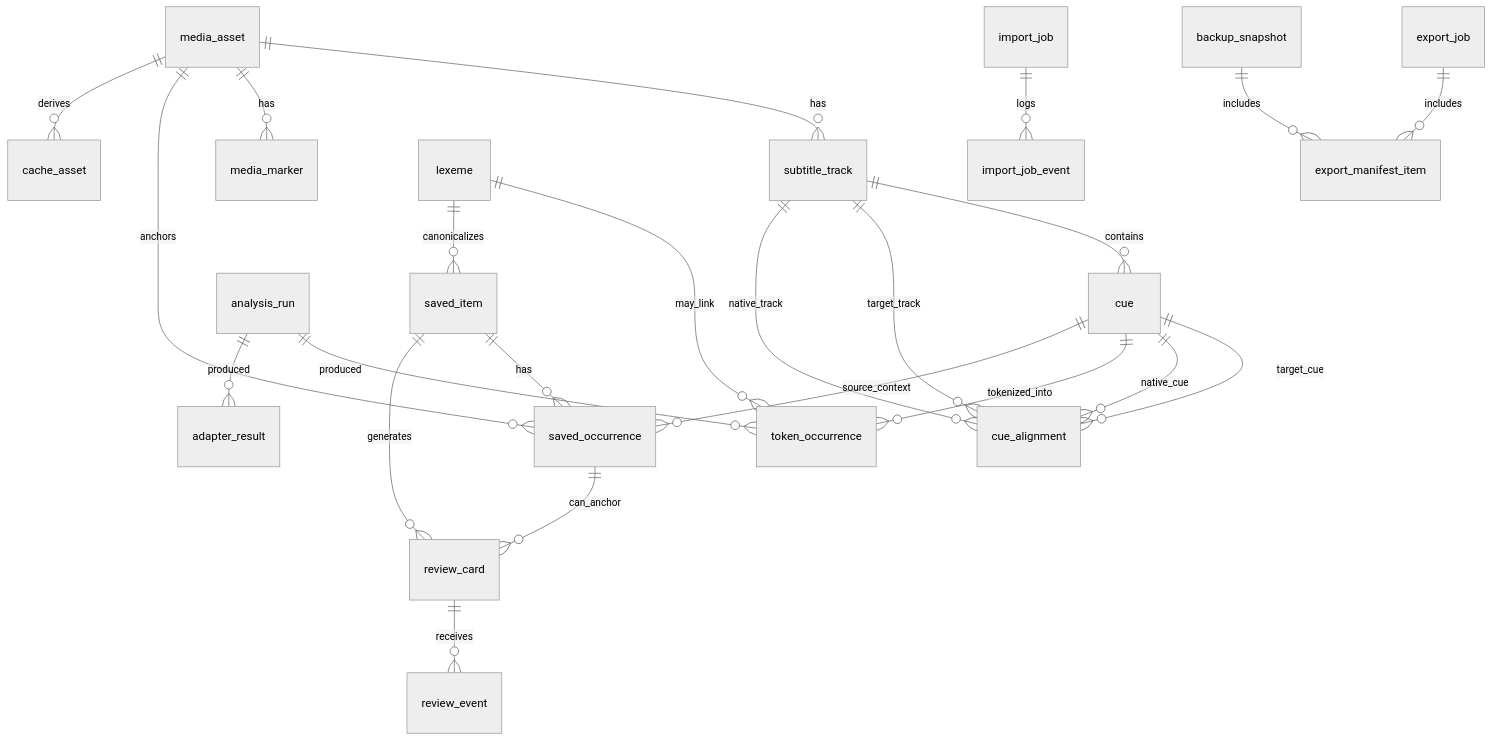
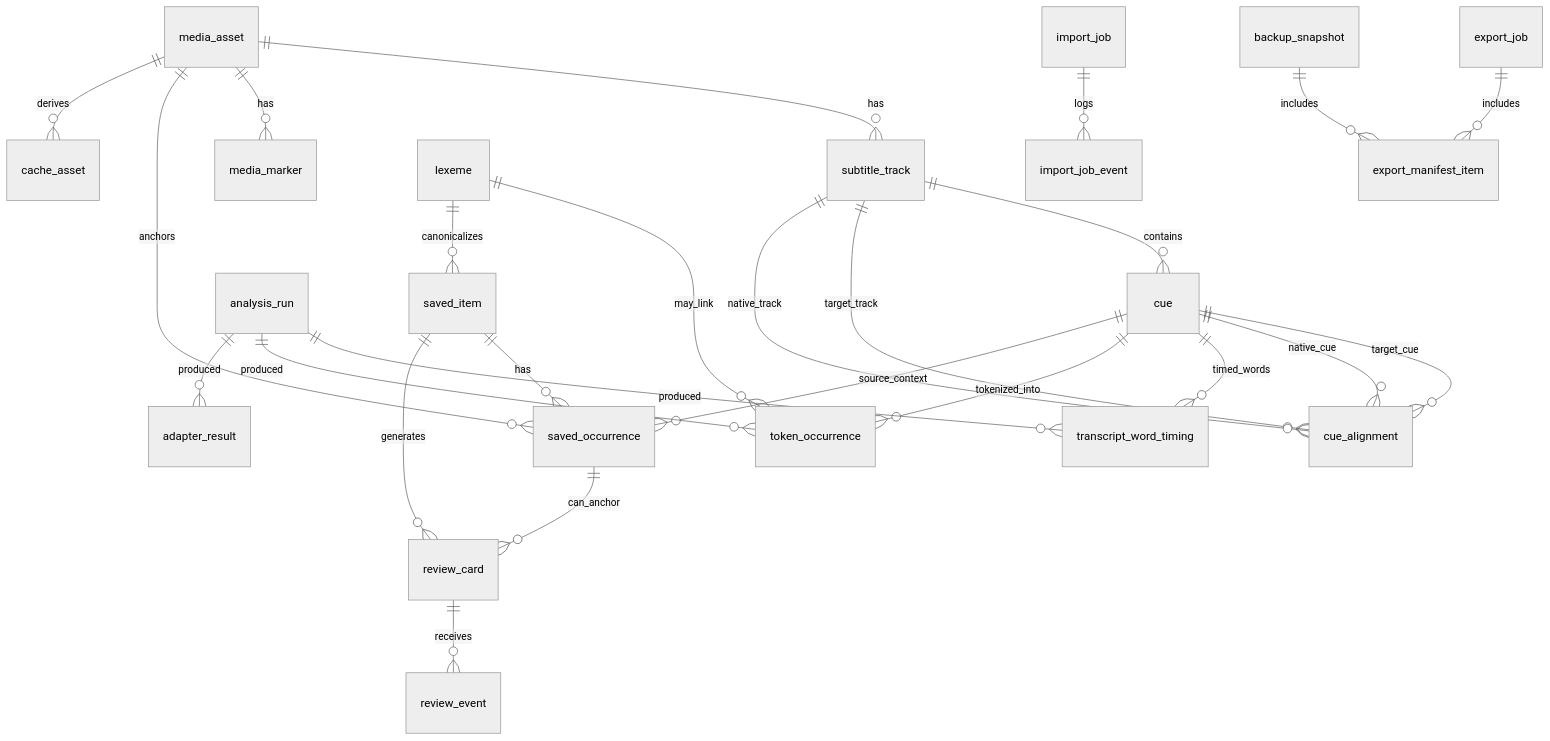
The diagram in docs/architecture/data-model-and-storage.md (rzyns/lingotorte), drawn with Mermaid (neutral theme) before and after one commit. The commit also changed other lines of this file and 20 other files, not shown here.

````diff
--- a/docs/architecture/data-model-and-storage.md
+++ b/docs/architecture/data-model-and-storage.md
@@ -64,31 +66,33 @@
 ```mermaid
 erDiagram
   media_asset ||--o{ subtitle_track : has
   media_asset ||--o{ media_marker : has
   media_asset ||--o{ saved_occurrence : anchors
   media_asset ||--o{ cache_asset : derives
 
   subtitle_track ||--o{ cue : contains
   subtitle_track ||--o{ cue_alignment : target_track
   subtitle_track ||--o{ cue_alignment : native_track
 
   cue ||--o{ cue_alignment : target_cue
   cue ||--o{ cue_alignment : native_cue
+  cue ||--o{ transcript_word_timing : timed_words
   cue ||--o{ token_occurrence : tokenized_into
   cue ||--o{ saved_occurrence : source_context
 
+  analysis_run ||--o{ transcript_word_timing : produced
   analysis_run ||--o{ token_occurrence : produced
   analysis_run ||--o{ adapter_result : produced
 
   lexeme ||--o{ token_occurrence : may_link
   lexeme ||--o{ saved_item : canonicalizes
 
   saved_item ||--o{ saved_occurrence : has
   saved_item ||--o{ review_card : generates
   saved_occurrence ||--o{ review_card : can_anchor
   review_card ||--o{ review_event : receives
 
   import_job ||--o{ import_job_event : logs
   export_job ||--o{ export_manifest_item : includes
   backup_snapshot ||--o{ export_manifest_item : includes
 ```
````
